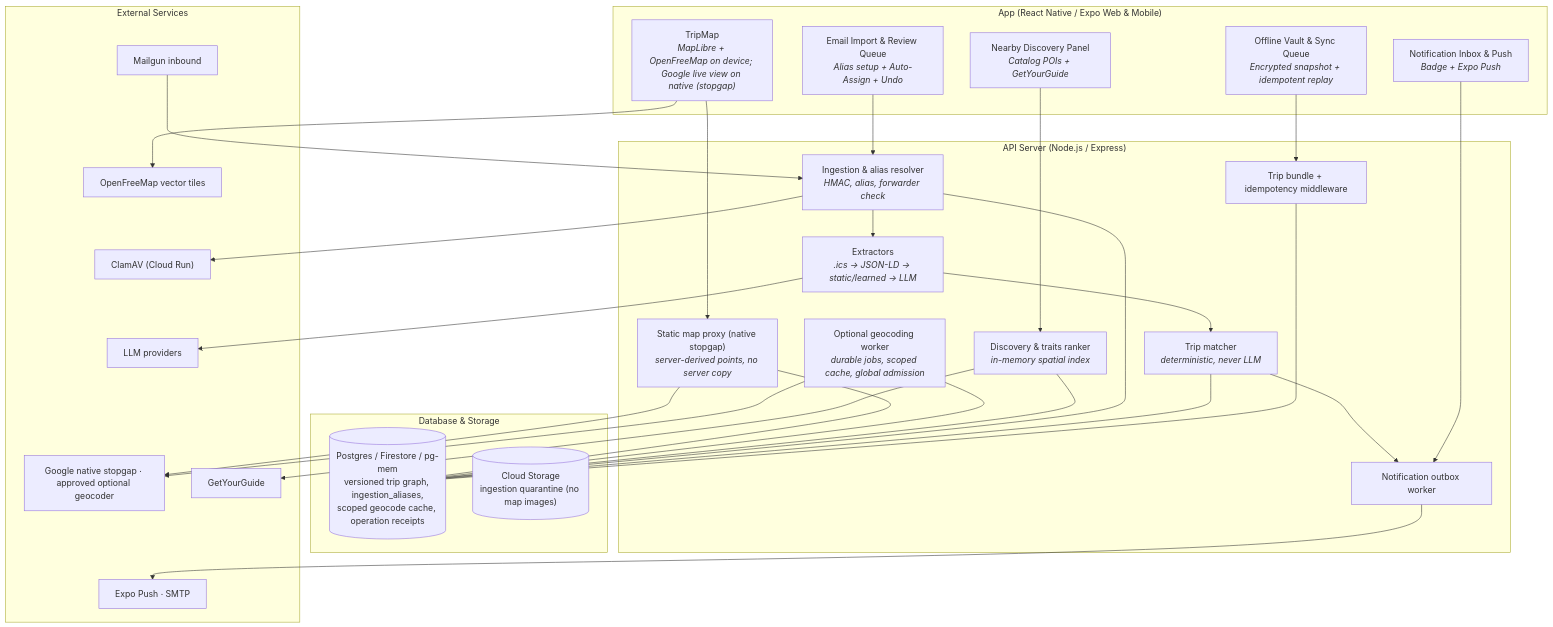
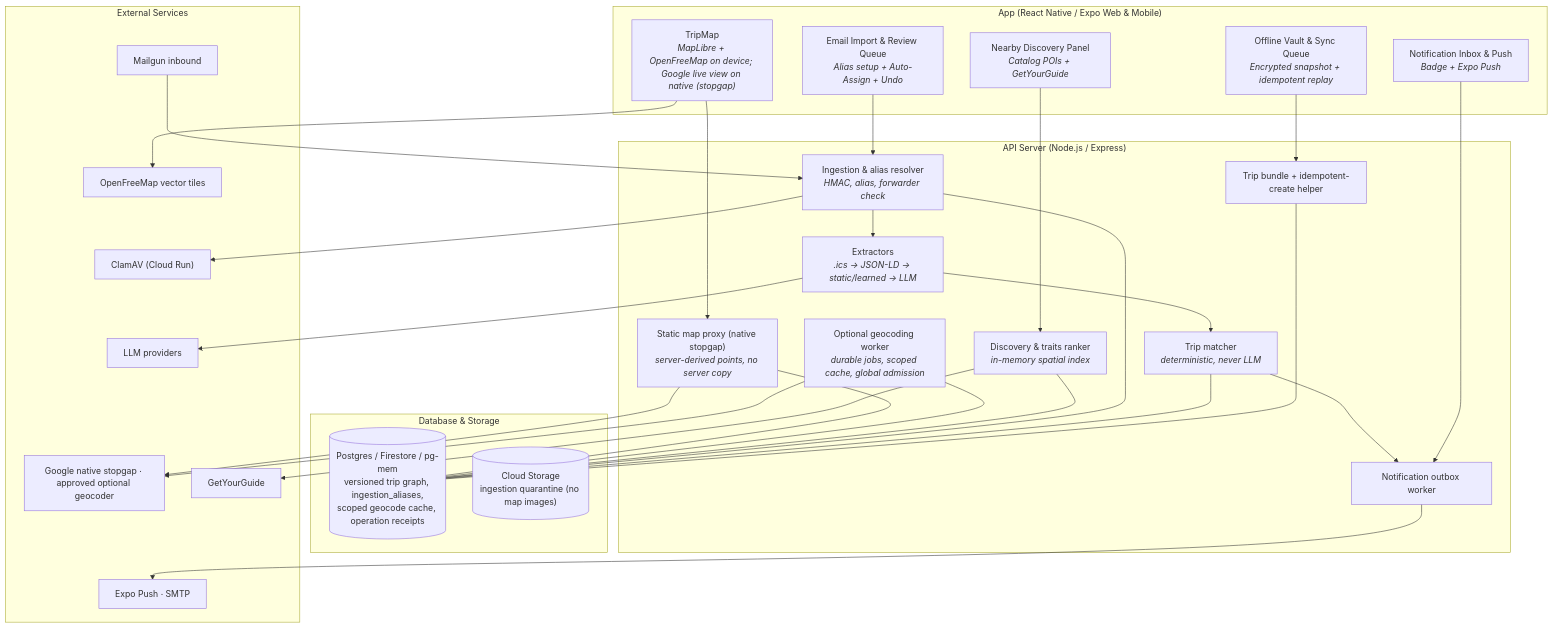
One commit to Duerk-Industries/Travel-Itinerary-App changed the first of 2 diagrams in docs/implementation_plans/implementation-plan-gap-closing.md. Above: the diagram before and after it, drawn with Mermaid. The commit also changed other lines of this file, not shown here.

Commit message:
automatic trip add

````diff
--- a/docs/implementation_plans/implementation-plan-gap-closing.md
+++ b/docs/implementation_plans/implementation-plan-gap-closing.md
@@ -63,48 +79,48 @@
 ```mermaid
 flowchart TD
   subgraph Client["App (React Native / Expo Web & Mobile)"]
     UI_Map["TripMap<br/><i>MapLibre + OpenFreeMap on device; Google live view on native (stopgap)</i>"]
     UI_Disc["Nearby Discovery Panel<br/><i>Catalog POIs + GetYourGuide</i>"]
     UI_Ingest["Email Import & Review Queue<br/><i>Alias setup + Auto-Assign + Undo</i>"]
     UI_Notif["Notification Inbox & Push<br/><i>Badge + Expo Push</i>"]
     UI_Off["Offline Vault & Sync Queue<br/><i>Encrypted snapshot + idempotent replay</i>"]
   end
 
   subgraph Server["API Server (Node.js / Express)"]
     API_Maps["Static map proxy (native stopgap)<br/><i>server-derived points, no server copy</i>"]
     API_Geo["Optional geocoding worker<br/><i>durable jobs, scoped cache, global admission</i>"]
     API_Disc["Discovery & traits ranker<br/><i>in-memory spatial index</i>"]
     API_Ingest["Ingestion & alias resolver<br/><i>HMAC, alias, forwarder check</i>"]
     API_Extract["Extractors<br/><i>.ics → JSON-LD → static/learned → LLM</i>"]
     API_Match["Trip matcher<br/><i>deterministic, never LLM</i>"]
     API_Notif["Notification outbox worker"]
-    API_Sync["Trip bundle + idempotency middleware"]
+    API_Sync["Trip bundle + idempotent-create helper"]
   end
 
   subgraph Storage["Database & Storage"]
     DB[("Postgres / Firestore / pg-mem<br/>versioned trip graph, ingestion_aliases,<br/>scoped geocode cache, operation receipts")]
     GCS[("Cloud Storage<br/>ingestion quarantine (no map images)")]
   end
 
   subgraph External["External Services"]
     EXT_Mailgun["Mailgun inbound"]
     EXT_ClamAV["ClamAV (Cloud Run)"]
     EXT_AI["LLM providers"]
     EXT_Maps["Google native stopgap · approved optional geocoder"]
     EXT_Tiles["OpenFreeMap vector tiles"]
     EXT_GYG["GetYourGuide"]
     EXT_Push["Expo Push · SMTP"]
   end
 
   UI_Map --> EXT_Tiles
   UI_Map --> API_Maps --> EXT_Maps
   API_Geo --> EXT_Maps
   UI_Disc --> API_Disc --> EXT_GYG
   EXT_Mailgun --> API_Ingest --> EXT_ClamAV
   API_Ingest --> API_Extract --> EXT_AI
   API_Extract --> API_Match --> API_Notif --> EXT_Push
   UI_Ingest --> API_Ingest
   UI_Notif --> API_Notif
   UI_Off --> API_Sync
   API_Maps & API_Geo & API_Disc & API_Ingest & API_Match & API_Sync --- DB
 ```
````
